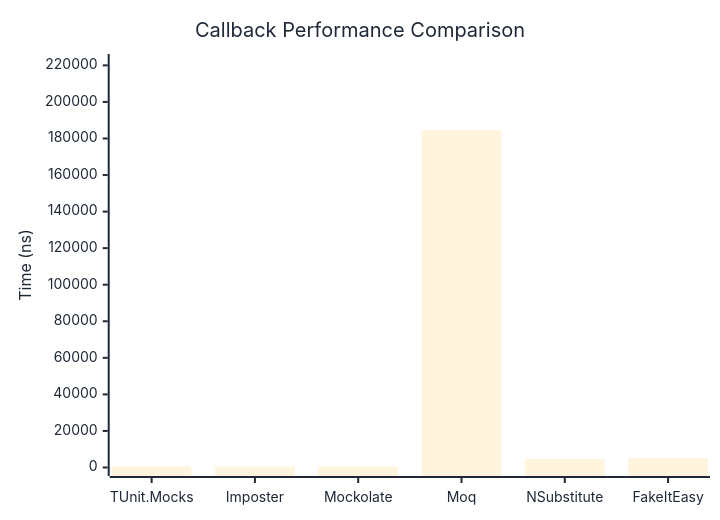
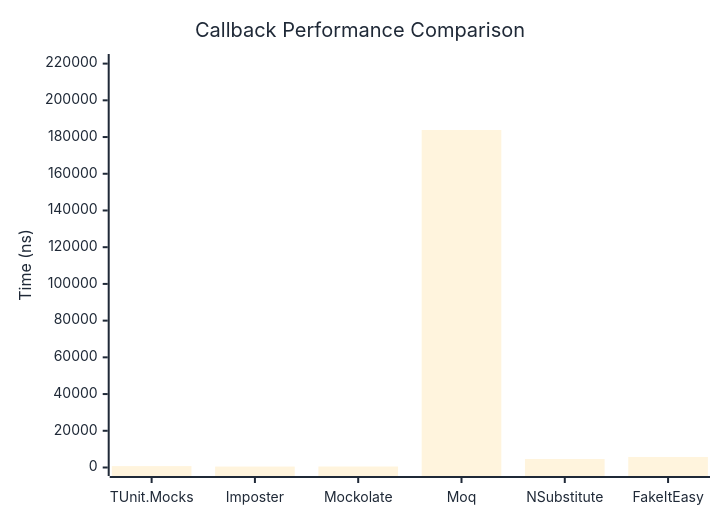
The first of 2 diagrams in docs/docs/benchmarks/mocks/Callback.md (thomhurst/TUnit), drawn with Mermaid before and after one commit. The commit also changed other lines of this file and 13 other files, not shown here.

````diff
--- a/docs/docs/benchmarks/mocks/Callback.md
+++ b/docs/docs/benchmarks/mocks/Callback.md
@@ -28,27 +28,27 @@
 ```mermaid
 %%{init: {
   'theme':'base',
   'themeVariables': {
     'primaryColor': '#2563eb',
     'primaryTextColor': '#1f2937',
     'primaryBorderColor': '#1e40af',
     'lineColor': '#6b7280',
     'secondaryColor': '#7c3aed',
     'tertiaryColor': '#dc2626',
     'background': '#ffffff',
     'pie1': '#2563eb',
     'pie2': '#7c3aed',
     'pie3': '#dc2626',
     'pie4': '#f59e0b',
     'pie5': '#10b981',
     'pie6': '#06b6d4',
     'pie7': '#ec4899',
     'pie8': '#6366f1'
   }
 }}%%
 xychart-beta
   title "Callback Performance Comparison"
   x-axis ["TUnit.Mocks", "Imposter", "Mockolate", "Moq", "NSubstitute", "FakeItEasy"]
-  y-axis "Time (ns)" 0 --> 221573
-  bar [651.9, 483.2, 540, 184643.6, 4630, 5166.1]
+  y-axis "Time (ns)" 0 --> 220605
+  bar [765, 509.2, 536.5, 183837.1, 4625.2, 5742.1]
 ```
````
